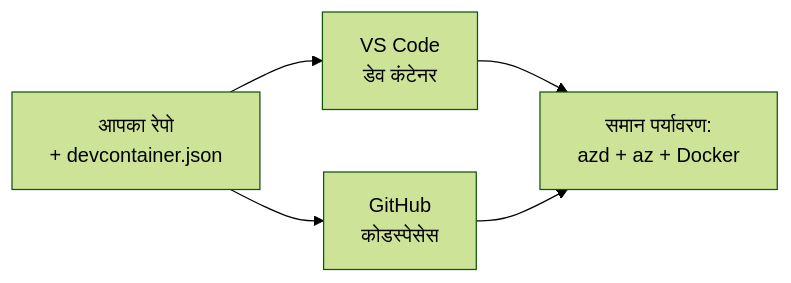
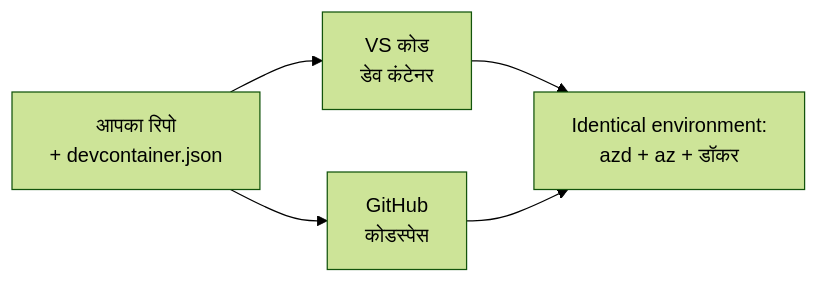
Before and after one commit to microsoft/AZD-for-beginners: the diagram in translations/hi/docs/chapter-01-foundation/dev-containers.md, drawn with Mermaid (forest theme). The commit also changed other lines of this file and 60 other files, not shown here.

````diff
--- a/translations/hi/docs/chapter-01-foundation/dev-containers.md
+++ b/translations/hi/docs/chapter-01-foundation/dev-containers.md
@@ -41,7 +41,7 @@
 ```mermaid
 graph LR
-    Repo[आपका रेपो<br/>+ devcontainer.json] --> VSCode[VS Code<br/>डेव कंटेनर]
-    Repo --> Codespaces[GitHub<br/>कोडस्पेसेस]
-    VSCode --> Env[समान पर्यावरण:<br/>azd + az + Docker]
+    Repo[आपका रिपो<br/>+ devcontainer.json] --> VSCode[VS कोड<br/>डेव कंटेनर]
+    Repo --> Codespaces[GitHub<br/>कोडस्पेस]
+    VSCode --> Env[Identical environment:<br/>azd + az + डॉकर]
     Codespaces --> Env
 ```
````
